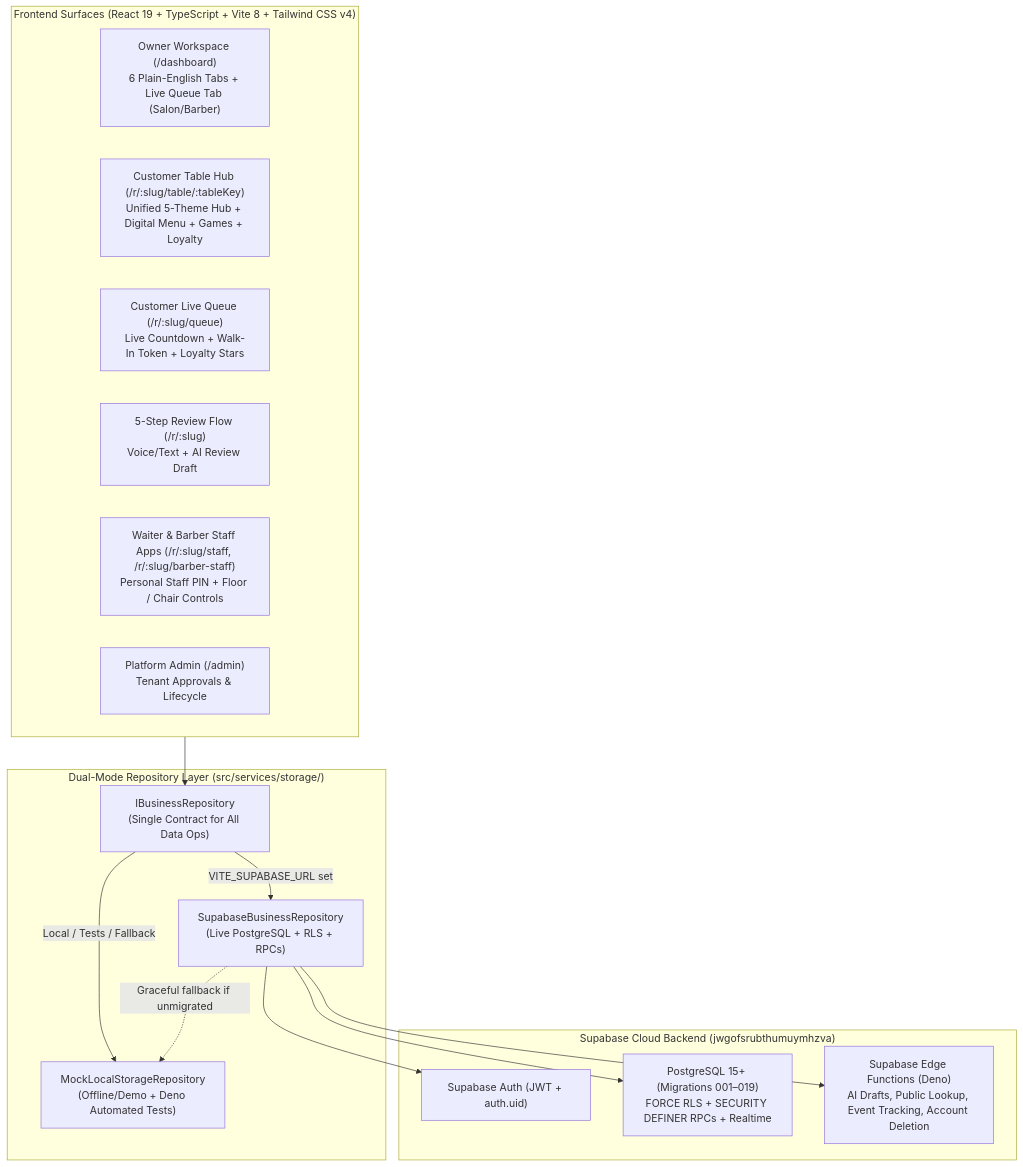
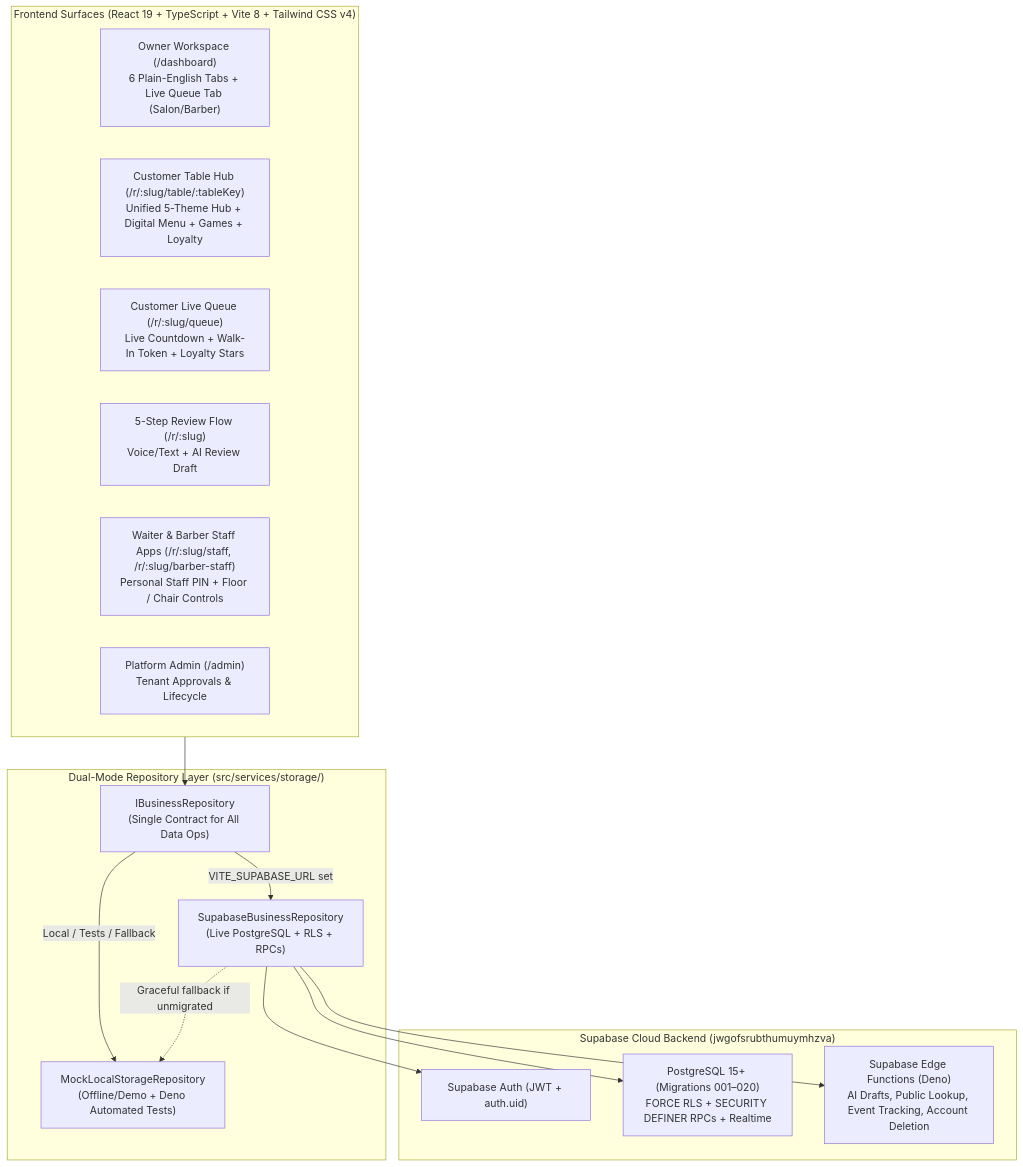
The first of 3 diagrams in ARCHITECTURE.md (pusalalaxmi41-ctrl/reviewassist-saas), drawn with Mermaid before and after one commit. The commit also changed other lines of this file and 17 other files, not shown here.

````diff
--- a/ARCHITECTURE.md
+++ b/ARCHITECTURE.md
@@ -16,31 +16,31 @@
 ```mermaid
 flowchart TB
     subgraph Clients["Frontend Surfaces (React 19 + TypeScript + Vite 8 + Tailwind CSS v4)"]
         Owner["Owner Workspace (/dashboard)\n6 Plain-English Tabs + Live Queue Tab (Salon/Barber)"]
         Customer["Customer Table Hub (/r/:slug/table/:tableKey)\nUnified 5-Theme Hub + Digital Menu + Games + Loyalty"]
         BarberGuest["Customer Live Queue (/r/:slug/queue)\nLive Countdown + Walk-In Token + Loyalty Stars"]
         Review["5-Step Review Flow (/r/:slug)\nVoice/Text + AI Review Draft"]
         Waiter["Waiter & Barber Staff Apps (/r/:slug/staff, /r/:slug/barber-staff)\nPersonal Staff PIN + Floor / Chair Controls"]
         Admin["Platform Admin (/admin)\nTenant Approvals & Lifecycle"]
     end
 
     subgraph Repository["Dual-Mode Repository Layer (src/services/storage/)"]
         Interface["IBusinessRepository\n(Single Contract for All Data Ops)"]
         SupaRepo["SupabaseBusinessRepository\n(Live PostgreSQL + RLS + RPCs)"]
         MockRepo["MockLocalStorageRepository\n(Offline/Demo + Deno Automated Tests)"]
     end
 
     subgraph Backend["Supabase Cloud Backend (jwgofsrubthumuymhzva)"]
         Auth["Supabase Auth (JWT + auth.uid)"]
-        DB["PostgreSQL 15+ (Migrations 001–019)\nFORCE RLS + SECURITY DEFINER RPCs + Realtime"]
+        DB["PostgreSQL 15+ (Migrations 001–020)\nFORCE RLS + SECURITY DEFINER RPCs + Realtime"]
         Edge["Supabase Edge Functions (Deno)\nAI Drafts, Public Lookup, Event Tracking, Account Deletion"]
     end
 
     Clients --> Interface
     Interface -->|"VITE_SUPABASE_URL set"| SupaRepo
     Interface -->|"Local / Tests / Fallback"| MockRepo
     SupaRepo --> Auth
     SupaRepo --> DB
     SupaRepo --> Edge
     SupaRepo -.->|"Graceful fallback if unmigrated"| MockRepo
 ```
````
